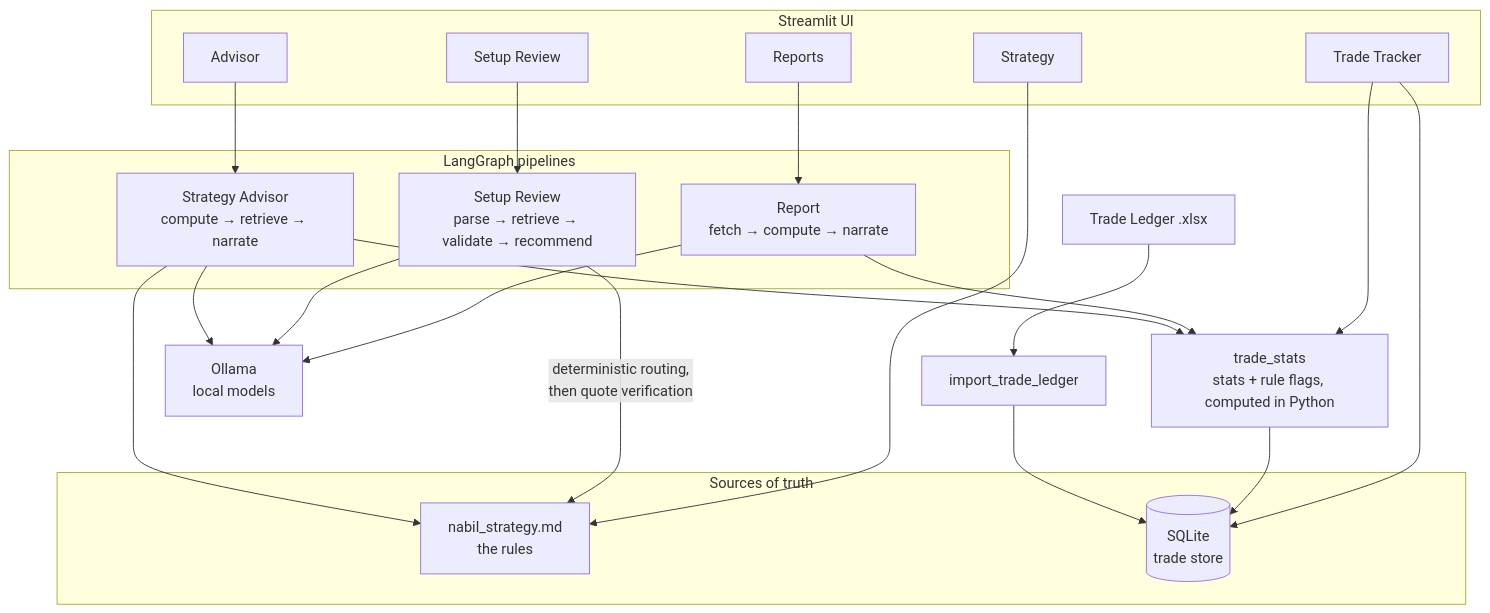
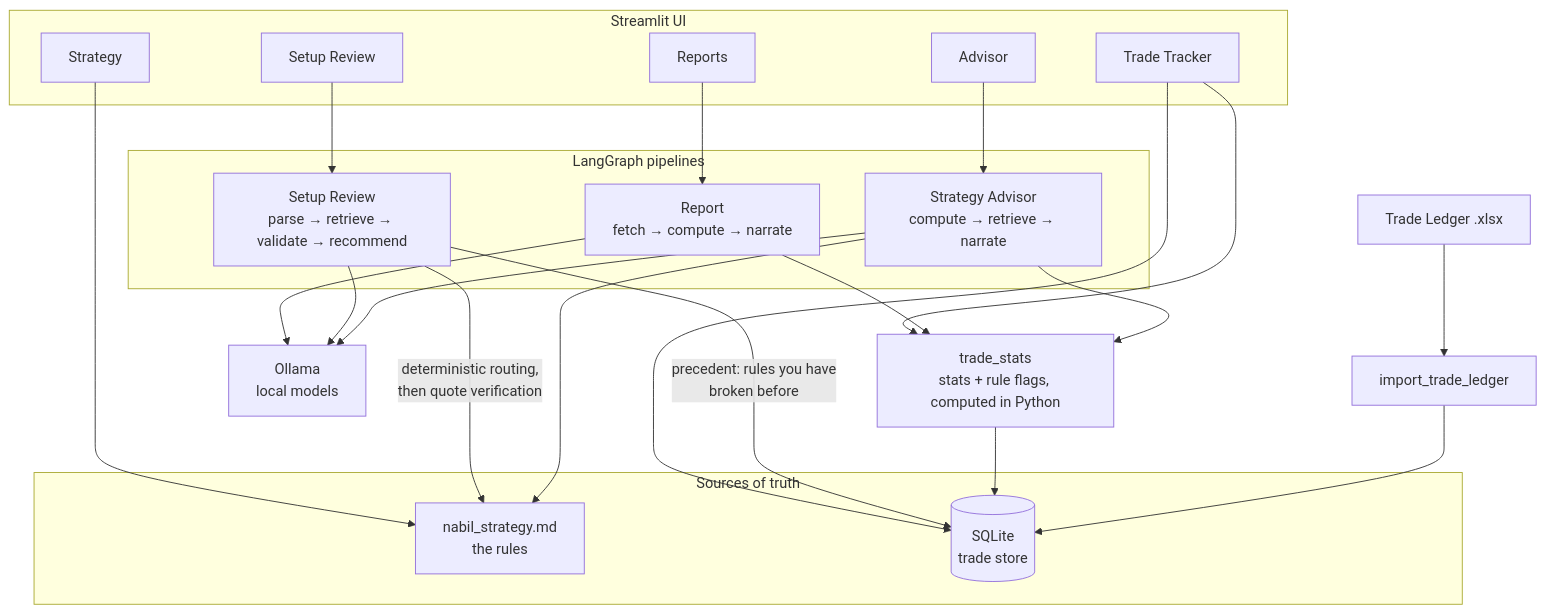
Before and after one commit to Walid-eng-cyber/confluence: the diagram in README.md, drawn with Mermaid. The commit also changed other lines of this file and 1 other file, not shown here.

````diff
--- a/README.md
+++ b/README.md
@@ -17,46 +17,47 @@
 ```mermaid
 flowchart TB
     subgraph UI["Streamlit UI"]
         R["Setup Review"]
         S["Strategy"]
         T["Trade Tracker"]
         P["Reports"]
         A["Advisor"]
     end
 
     subgraph GRAPHS["LangGraph pipelines"]
         SRG["Setup Review<br/>parse → retrieve → validate → recommend"]
         ADV["Strategy Advisor<br/>compute → retrieve → narrate"]
         REP["Report<br/>fetch → compute → narrate"]
     end
 
     STATS["trade_stats<br/>stats + rule flags, computed in Python"]
 
     subgraph TRUTH["Sources of truth"]
         KB["nabil_strategy.md<br/>the rules"]
         DB[("SQLite<br/>trade store")]
     end
 
     LLM["Ollama<br/>local models"]
     XLSX["Trade Ledger .xlsx"]
 
     R --> SRG
     S --> KB
     T --> DB
     T --> STATS
     A --> ADV
     P --> REP
     REP --> STATS
     REP --> LLM
 
     SRG -->|"deterministic routing,<br/>then quote verification"| KB
     SRG --> LLM
+    SRG -->|"precedent: rules you have<br/>broken before"| DB
 
     ADV --> STATS
     STATS --> DB
     ADV --> KB
     ADV --> LLM
 
     XLSX --> IMP["import_trade_ledger"]
     IMP --> DB
 ```
````
